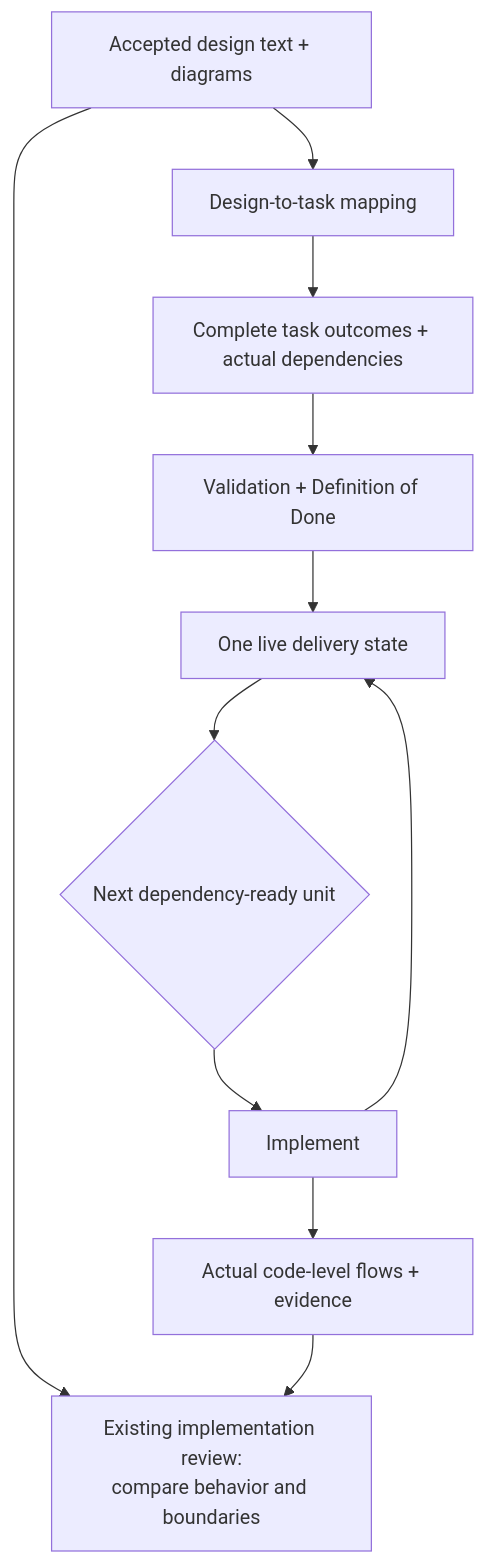
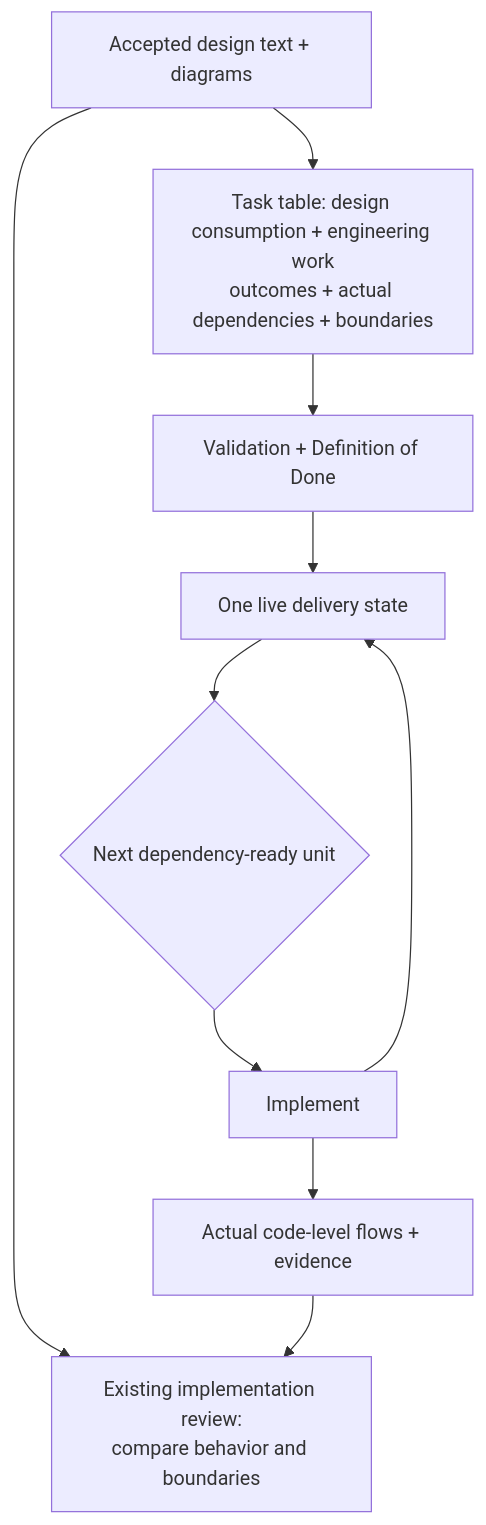
Before and after one commit to hhhhhusky777/spec-driven-delivery-playbook: the seventh of 16 diagrams in README.md, drawn with Mermaid. The commit also changed other lines of this file and 4 other files, not shown here.

Commit message:
docs: consolidate design consumption in engineering task table

````diff
--- a/README.md
+++ b/README.md
@@ -395,13 +399,12 @@
 ```mermaid
 flowchart TD
-    D["Accepted design text + diagrams"] --> M["Design-to-task mapping"]
-    M --> T["Complete task outcomes + actual dependencies"]
+    D["Accepted design text + diagrams"] --> T["Task table: design consumption + engineering work<br/>outcomes + actual dependencies + boundaries"]
     T --> V["Validation + Definition of Done"]
     V --> S["One live delivery state"]
     S --> R{"Next dependency-ready unit"}
     R --> I["Implement"]
     I --> S
     I --> E["Actual code-level flows + evidence"]
     D --> C["Existing implementation review:<br/>compare behavior and boundaries"]
     E --> C
 ```
````
